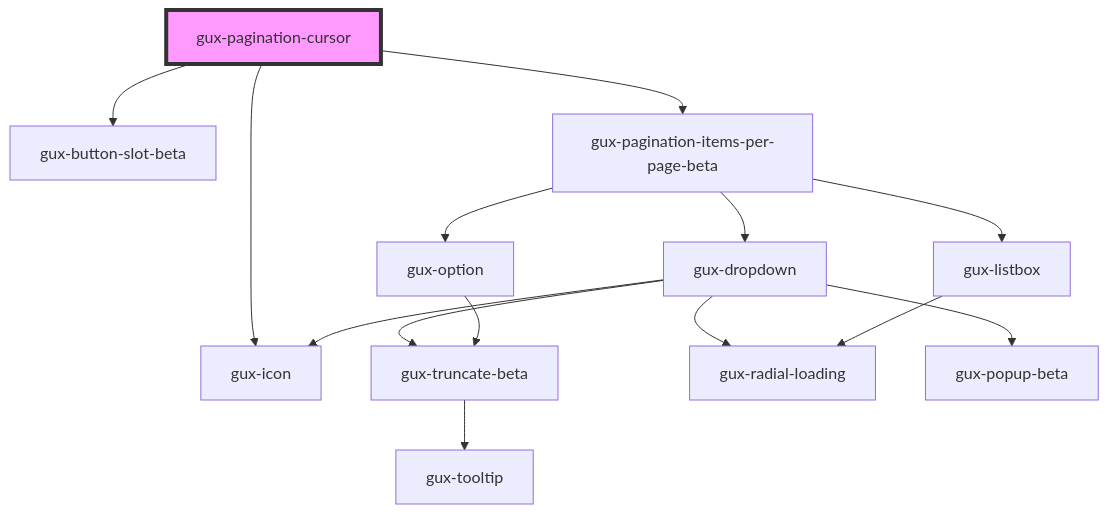
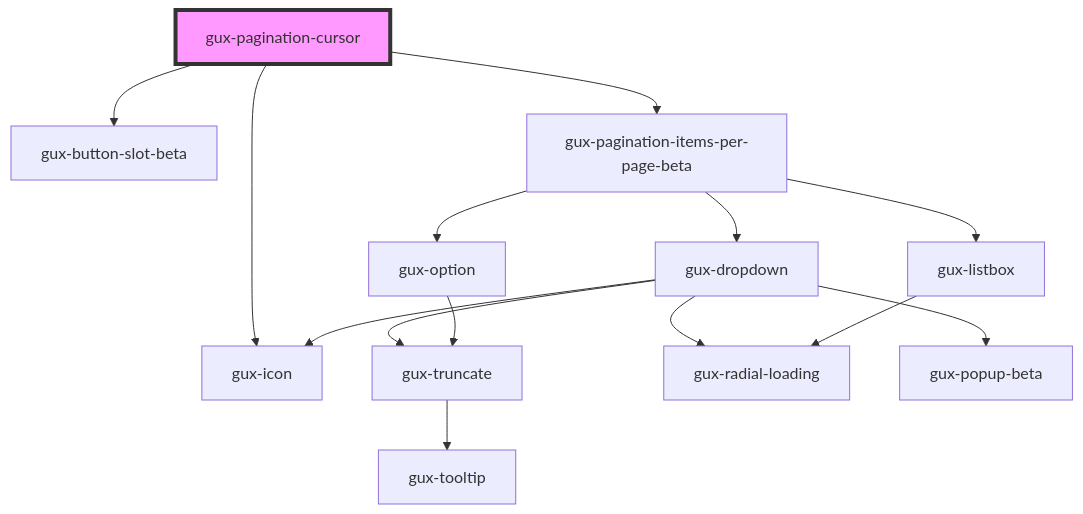
Before and after one commit to MyPureCloud/genesys-spark: the diagram in packages/genesys-spark-components/src/components/stable/gux-pagination-cursor/readme.md, drawn with Mermaid. The commit also changed 39 other files, not shown here.

First line of the commit message:
refactor(truncate): move from beta to stable

````diff
--- a/packages/genesys-spark-components/src/components/stable/gux-pagination-cursor/readme.md
+++ b/packages/genesys-spark-components/src/components/stable/gux-pagination-cursor/readme.md
@@ -35,17 +35,17 @@
 ```mermaid
 graph TD;
   gux-pagination-cursor --> gux-button-slot-beta
   gux-pagination-cursor --> gux-icon
   gux-pagination-cursor --> gux-pagination-items-per-page-beta
   gux-pagination-items-per-page-beta --> gux-dropdown
   gux-pagination-items-per-page-beta --> gux-listbox
   gux-pagination-items-per-page-beta --> gux-option
-  gux-dropdown --> gux-truncate-beta
+  gux-dropdown --> gux-truncate
   gux-dropdown --> gux-icon
   gux-dropdown --> gux-radial-loading
   gux-dropdown --> gux-popup-beta
-  gux-truncate-beta --> gux-tooltip
+  gux-truncate --> gux-tooltip
   gux-listbox --> gux-radial-loading
-  gux-option --> gux-truncate-beta
+  gux-option --> gux-truncate
   style gux-pagination-cursor fill:#f9f,stroke:#333,stroke-width:4px
 ```
````
